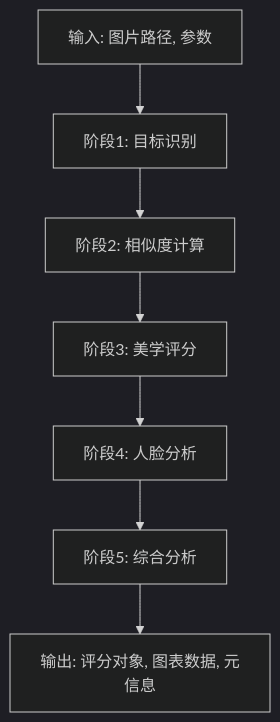
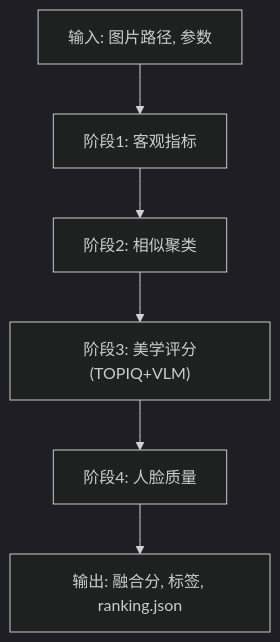
The fifth of 7 diagrams in wiki/Web界面系统.md (Frankynwa/photo-rank), drawn with Mermaid (dark theme) before and after one commit. The commit also changed other lines of this file and 7 other files, not shown here.

````diff
--- a/wiki/Web界面系统.md
+++ b/wiki/Web界面系统.md
@@ -250,9 +246,8 @@
 ```mermaid
 flowchart TD
-In["输入: 图片路径, 参数"] --> Stage1["阶段1: 目标识别"]
-Stage1 --> Stage2["阶段2: 相似度计算"]
-Stage2 --> Stage3["阶段3: 美学评分"]
-Stage3 --> Stage4["阶段4: 人脸分析"]
-Stage4 --> Stage5["阶段5: 综合分析"]
-Stage5 --> Out["输出: 评分对象, 图表数据, 元信息"]
+In["输入: 图片路径, 参数"] --> Stage1["阶段1: 客观指标"]
+Stage1 --> Stage2["阶段2: 相似聚类"]
+Stage2 --> Stage3["阶段3: 美学评分(TOPIQ+VLM)"]
+Stage3 --> Stage4["阶段4: 人脸质量"]
+Stage4 --> Out["输出: 融合分, 标签, ranking.json"]
 ```
````
